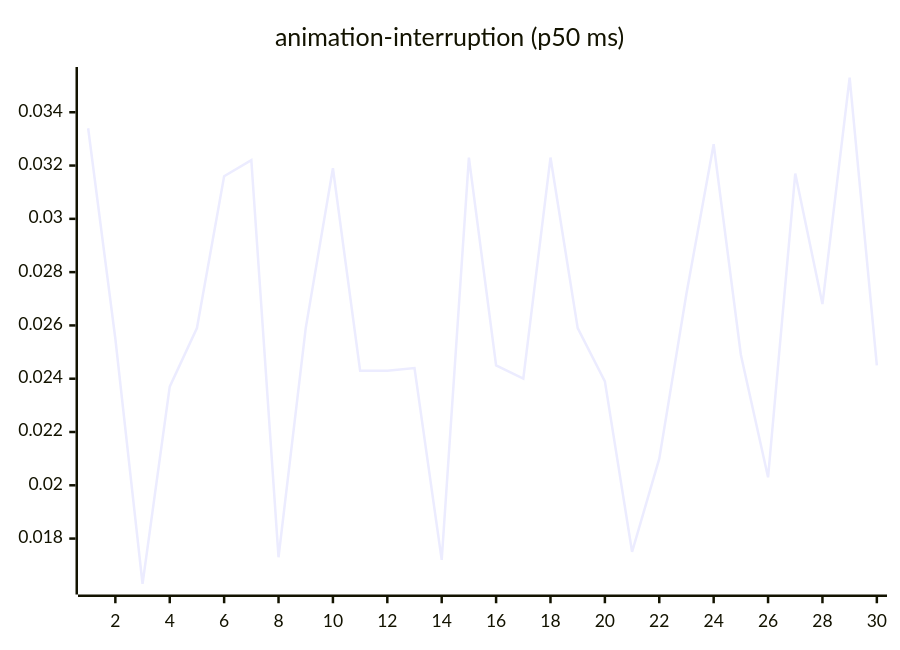
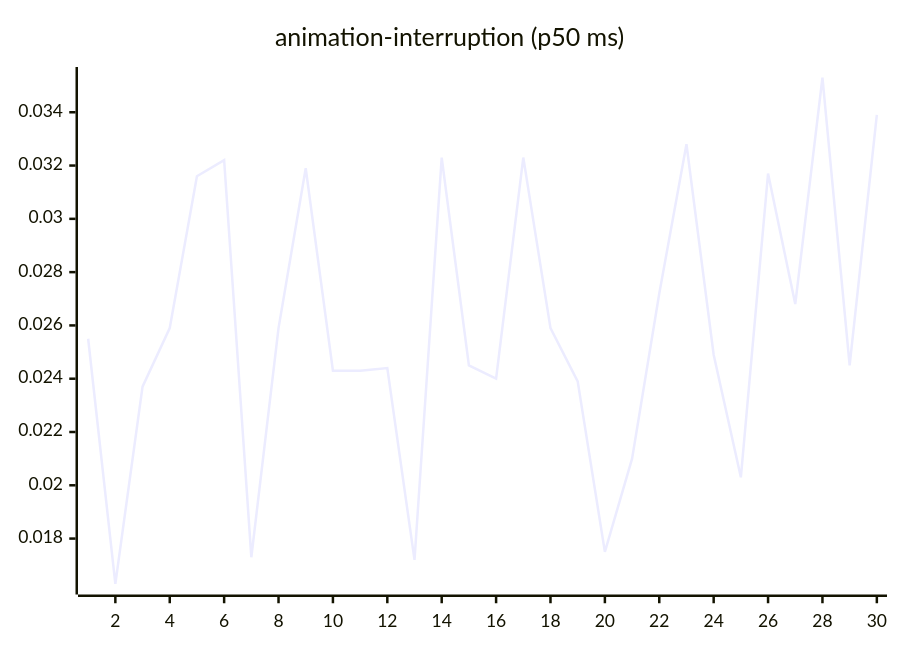
One commit to josha/Facet changed the third of 27 diagrams in README.md. Above: the diagram before and after it, drawn with Mermaid. The commit also changed other lines of this file and 2 other files, not shown here.

````diff
--- a/README.md
+++ b/README.md
@@ -77,6 +77,6 @@
 ```mermaid
 xychart-beta
     title "animation-interruption (p50 ms)"
     x-axis 1 --> 30
-    line [0.0334, 0.0255, 0.0163, 0.0237, 0.0259, 0.0316, 0.0322, 0.0173, 0.0259, 0.0319, 0.0243, 0.0243, 0.0244, 0.0172, 0.0323, 0.0245, 0.0240, 0.0323, 0.0259, 0.0239, 0.0175, 0.0210, 0.0272, 0.0328, 0.0249, 0.0203, 0.0317, 0.0268, 0.0353, 0.0245]
+    line [0.0255, 0.0163, 0.0237, 0.0259, 0.0316, 0.0322, 0.0173, 0.0259, 0.0319, 0.0243, 0.0243, 0.0244, 0.0172, 0.0323, 0.0245, 0.0240, 0.0323, 0.0259, 0.0239, 0.0175, 0.0210, 0.0272, 0.0328, 0.0249, 0.0203, 0.0317, 0.0268, 0.0353, 0.0245, 0.0339]
 ```
````
